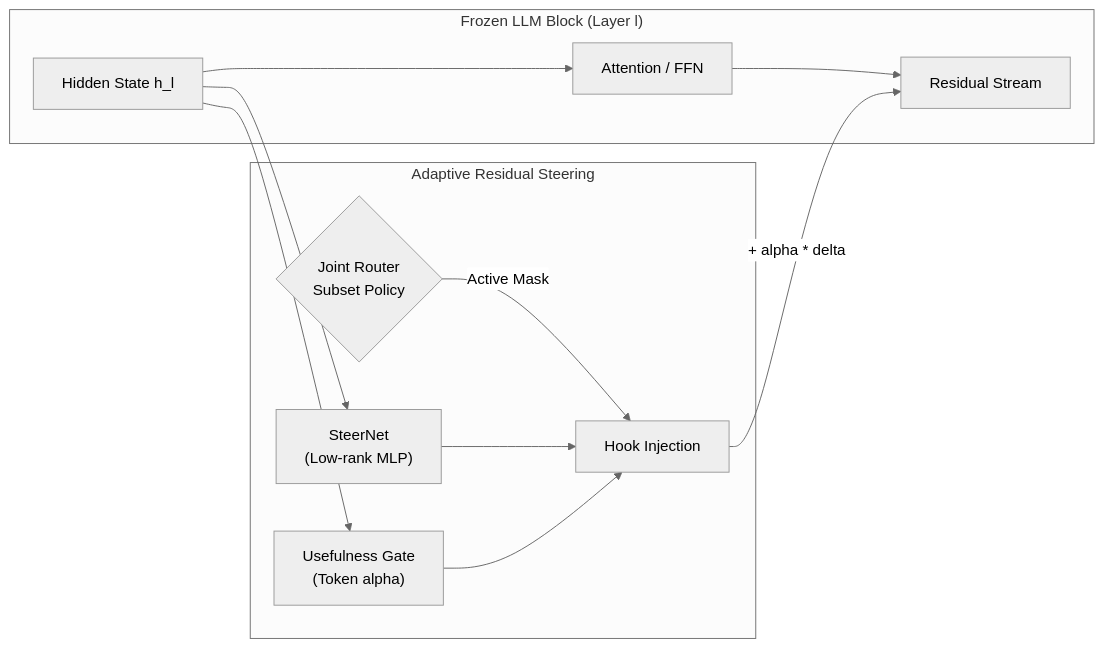
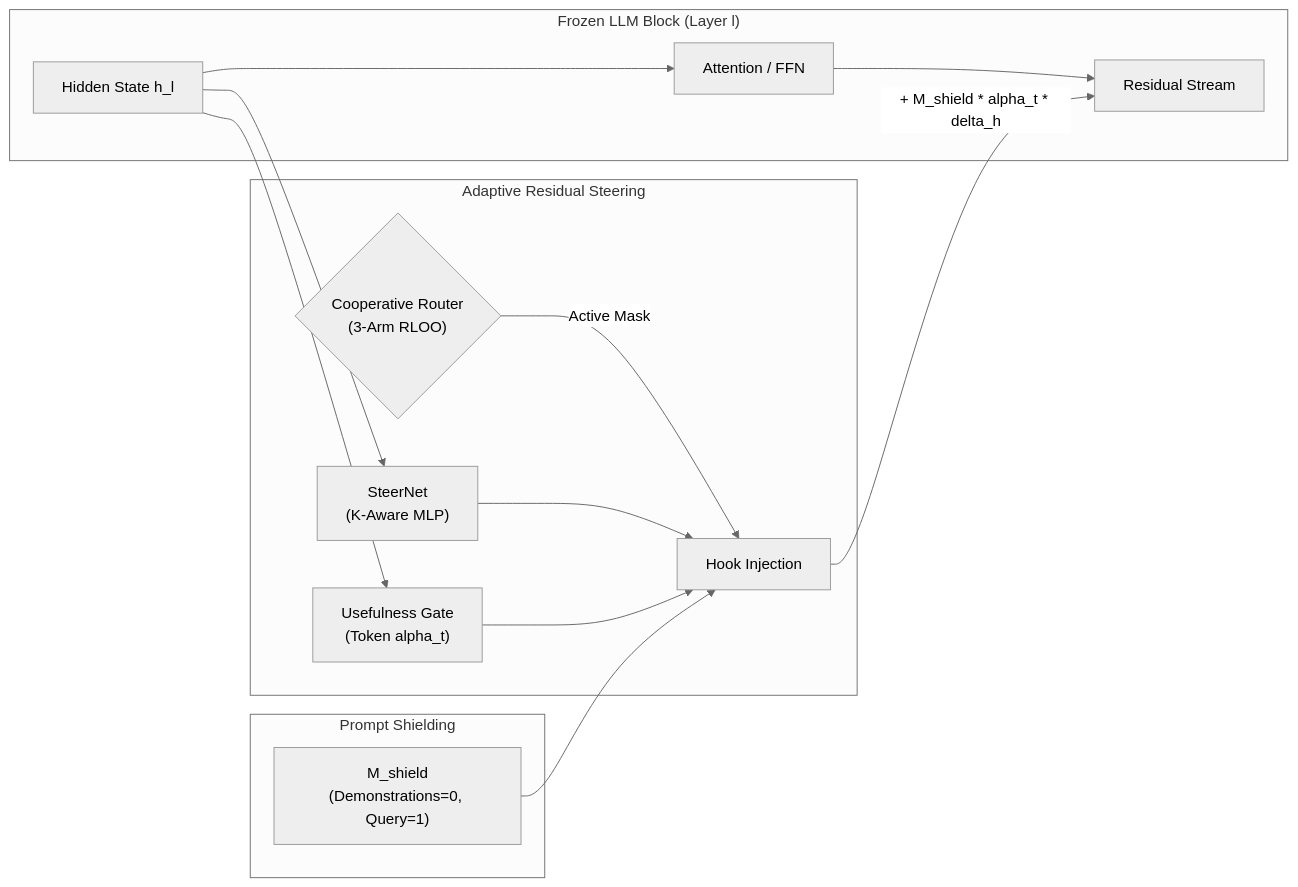
Before and after one commit to Abdullah182155/adaptive-residual-steering: the diagram in README.md, drawn with Mermaid (neutral theme). The commit also changed other lines of this file and 3 other files, not shown here.

Commit message:
docs: formalize few-shot protocol, prompt shielding theory, and deep research background with 20+ academic references

````diff
--- a/README.md
+++ b/README.md
@@ -24,17 +25,21 @@
 ```mermaid
 flowchart LR
     subgraph Backbone["Frozen LLM Block (Layer l)"]
         H["Hidden State h_l"] --> Attn["Attention / FFN"]
         Attn --> Resid["Residual Stream"]
     end
 
     subgraph ARS["Adaptive Residual Steering"]
-        Router{"Joint Router\nSubset Policy"} -->|Active Mask| Hook["Hook Injection"]
-        H --> SteerNet["SteerNet\n(Low-rank MLP)"]
-        H --> Gate["Usefulness Gate\n(Token alpha)"]
+        Router{"Cooperative Router\n(3-Arm RLOO)"} -->|Active Mask| Hook["Hook Injection"]
+        H --> SteerNet["SteerNet\n(K-Aware MLP)"]
+        H --> Gate["Usefulness Gate\n(Token alpha_t)"]
         SteerNet --> Hook
         Gate --> Hook
     end
 
-    Hook -->|"+ alpha * delta"| Resid
+    subgraph Shield["Prompt Shielding"]
+        Mask["M_shield\n(Demonstrations=0, Query=1)"] --> Hook
+    end
+
+    Hook -->|"+ M_shield * alpha_t * delta_h"| Resid
 ```
````
